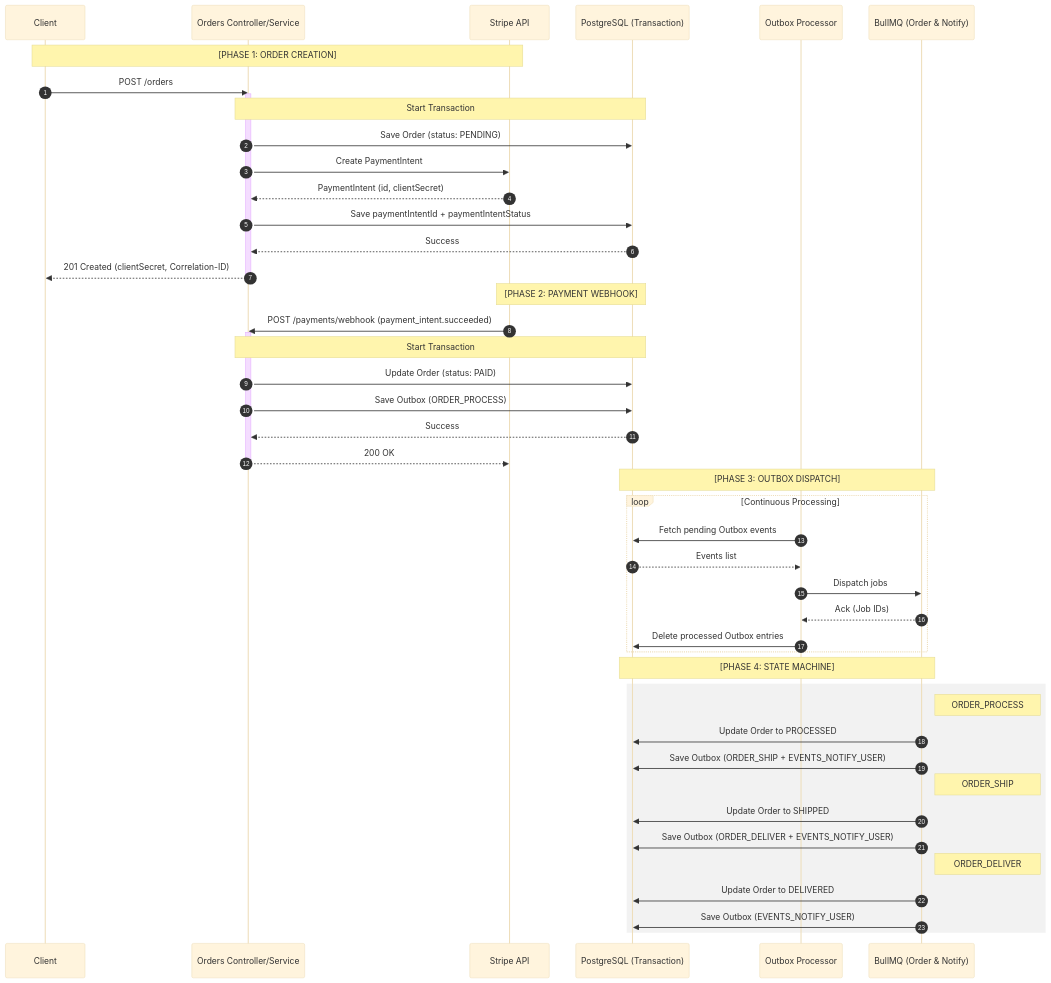
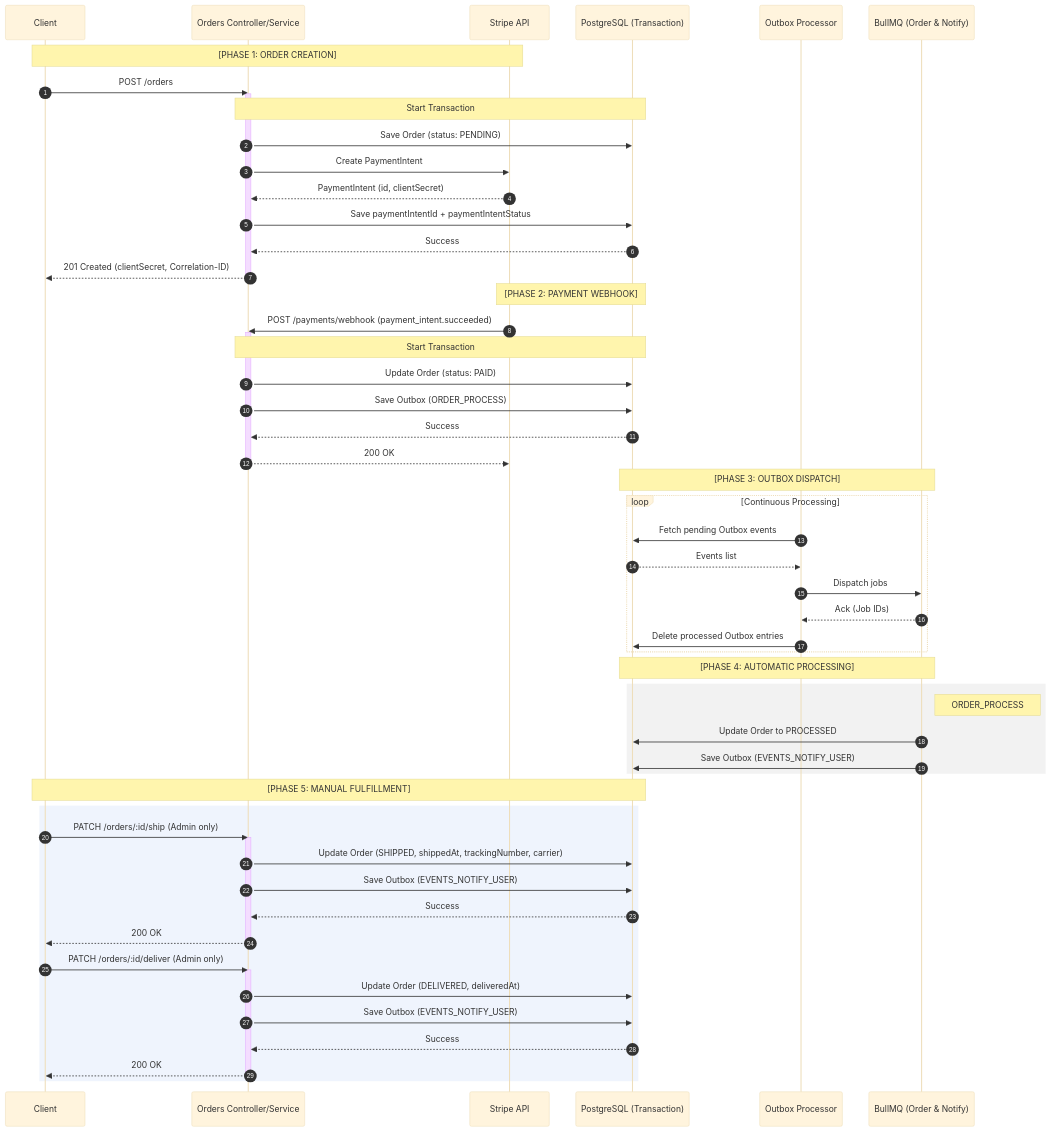
One commit to bside89/dispatch-api changed the diagram in README.md. Above: the diagram before and after it, drawn with Mermaid (base theme). The commit also changed other lines of this file, not shown here.

Commit message:
docs: update Readme with the latest changes

````diff
--- a/README.md
+++ b/README.md
@@ -155,56 +160,67 @@
 ```mermaid
 sequenceDiagram
     autonumber
     participant Client
     participant API as Orders Controller/Service
     participant Stripe as Stripe API
     participant DB as PostgreSQL (Transaction)
     participant Worker as Outbox Processor
     participant Queue as BullMQ (Order & Notify)
 
     Note over Client, Stripe: [PHASE 1: ORDER CREATION]
     Client->>API: POST /orders
     activate API
     Note over API, DB: Start Transaction
     API->>DB: Save Order (status: PENDING)
     API->>Stripe: Create PaymentIntent
     Stripe-->>API: PaymentIntent (id, clientSecret)
     API->>DB: Save paymentIntentId + paymentIntentStatus
     DB-->>API: Success
     API-->>Client: 201 Created (clientSecret, Correlation-ID)
     deactivate API
 
     Note over Stripe, DB: [PHASE 2: PAYMENT WEBHOOK]
     Stripe->>API: POST /payments/webhook (payment_intent.succeeded)
     activate API
     Note over API, DB: Start Transaction
     API->>DB: Update Order (status: PAID)
     API->>DB: Save Outbox (ORDER_PROCESS)
     DB-->>API: Success
     API-->>Stripe: 200 OK
     deactivate API
 
     Note over DB, Queue: [PHASE 3: OUTBOX DISPATCH]
     loop Continuous Processing
         Worker->>DB: Fetch pending Outbox events
         DB-->>Worker: Events list
         Worker->>Queue: Dispatch jobs
         Queue-->>Worker: Ack (Job IDs)
         Worker->>DB: Delete processed Outbox entries
     end
 
-    Note over Queue, DB: [PHASE 4: STATE MACHINE]
+    Note over Queue, DB: [PHASE 4: AUTOMATIC PROCESSING]
     rect rgba(128, 128, 128, 0.1)
         Note right of Queue: ORDER_PROCESS
         Queue->>DB: Update Order to PROCESSED
-        Queue->>DB: Save Outbox (ORDER_SHIP + EVENTS_NOTIFY_USER)
-
-        Note right of Queue: ORDER_SHIP
-        Queue->>DB: Update Order to SHIPPED
-        Queue->>DB: Save Outbox (ORDER_DELIVER + EVENTS_NOTIFY_USER)
-
-        Note right of Queue: ORDER_DELIVER
-        Queue->>DB: Update Order to DELIVERED
         Queue->>DB: Save Outbox (EVENTS_NOTIFY_USER)
     end
+
+    Note over Client, DB: [PHASE 5: MANUAL FULFILLMENT]
+    rect rgba(100, 149, 237, 0.1)
+        Client->>API: PATCH /orders/:id/ship (Admin only)
+        activate API
+        API->>DB: Update Order (SHIPPED, shippedAt, trackingNumber, carrier)
+        API->>DB: Save Outbox (EVENTS_NOTIFY_USER)
+        DB-->>API: Success
+        API-->>Client: 200 OK
+        deactivate API
+
+        Client->>API: PATCH /orders/:id/deliver (Admin only)
+        activate API
+        API->>DB: Update Order (DELIVERED, deliveredAt)
+        API->>DB: Save Outbox (EVENTS_NOTIFY_USER)
+        DB-->>API: Success
+        API-->>Client: 200 OK
+        deactivate API
+    end
 ```
````
